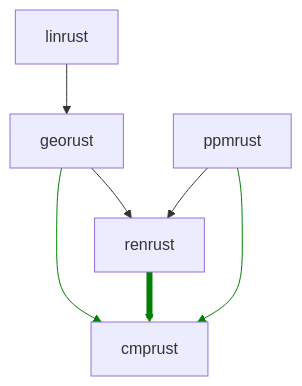
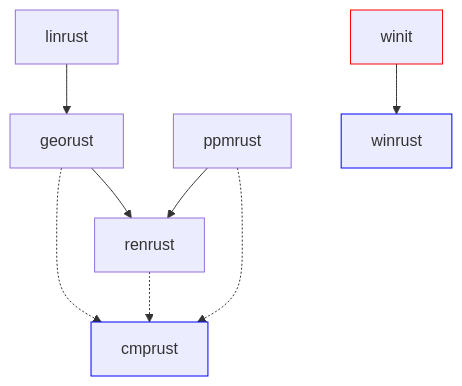
One commit to antoinemeyer5/computer_graphics changed the diagram in README.md. Above: the diagram before and after it, drawn with Mermaid. The commit also changed other lines of this file and 7 other files, not shown here.

````diff
--- a/README.md
+++ b/README.md
@@ -30,15 +38,17 @@
 ```mermaid
 graph TD;
     linrust --> georust;
 
     georust --> renrust;
     ppmrust --> renrust;
 
-    georust --> cmprust;
-    renrust --> cmprust;
-    ppmrust --> cmprust;
+    georust -.-> cmprust;
+    renrust -.-> cmprust;
+    ppmrust -.-> cmprust;
 
-    linkStyle 3 stroke:green;
-    linkStyle 4 stroke:green,stroke-width:6px;
-    linkStyle 5 stroke:green;
+    winit --> winrust
+
+    style cmprust stroke:blue
+    style winrust stroke:blue
+    style winit stroke:red
 ```
````
